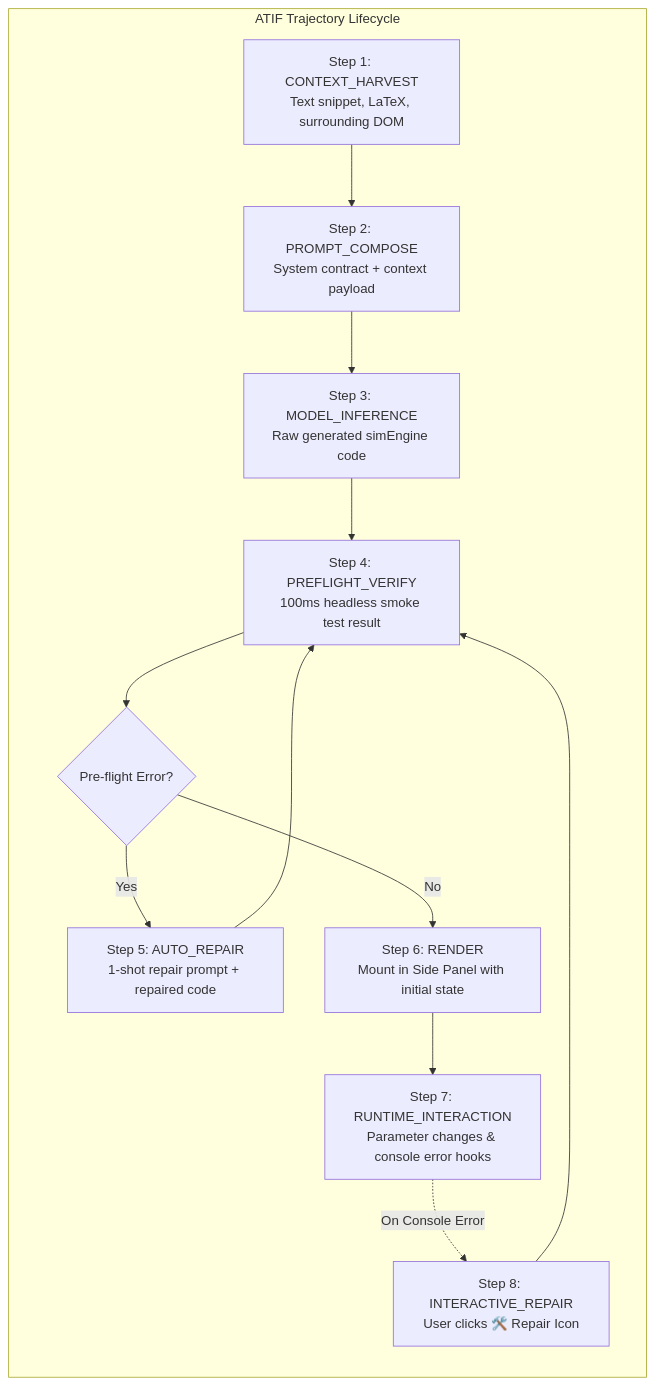
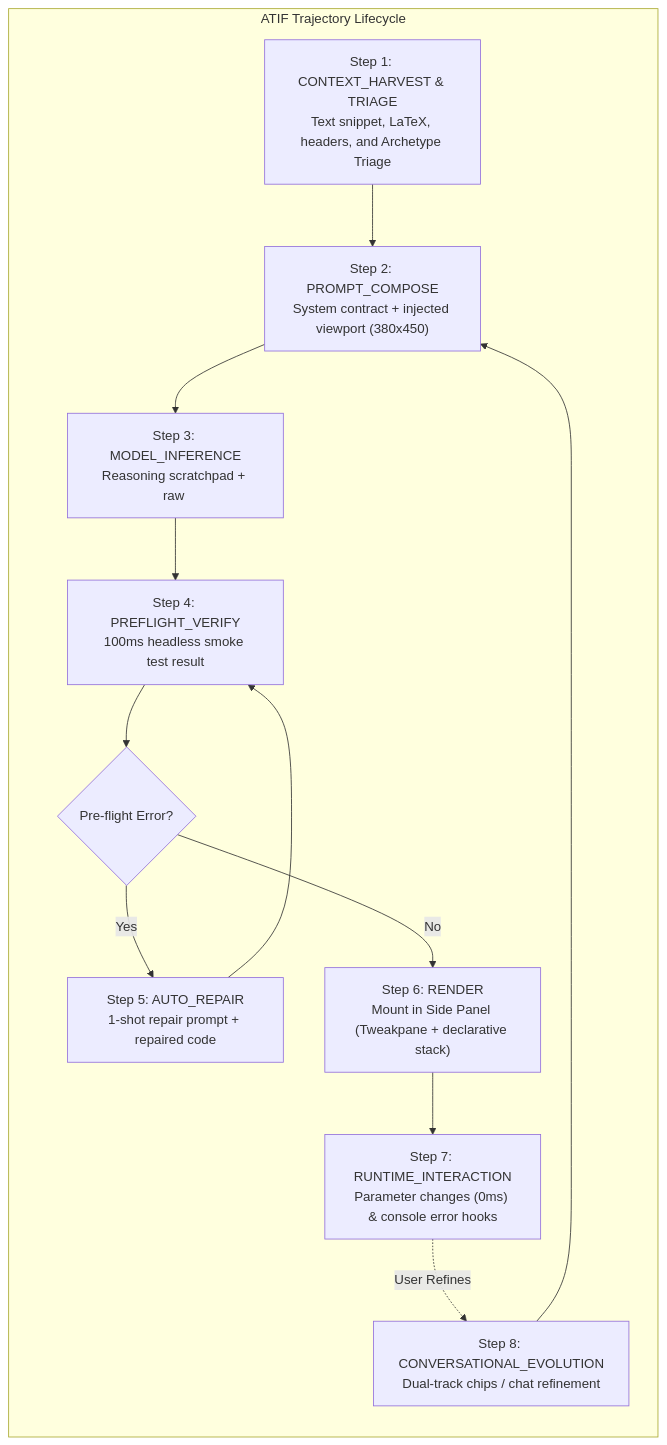
The diagram in docs/specs/atif_specification.md (vmatrixdev/simit), drawn with Mermaid before and after one commit. The commit also changed other lines of this file and 11 other files, not shown here.

Commit message:
docs & core: align specs with consolidated architecture and add dynamic viewport injection

````diff
--- a/docs/specs/atif_specification.md
+++ b/docs/specs/atif_specification.md
@@ -19,23 +19,23 @@
 ```mermaid
 flowchart TD
     subgraph Trajectory["ATIF Trajectory Lifecycle"]
         direction TB
-        S1["Step 1: CONTEXT_HARVEST<br/>Text snippet, LaTeX, surrounding DOM"]
-        S2["Step 2: PROMPT_COMPOSE<br/>System contract + context payload"]
-        S3["Step 3: MODEL_INFERENCE<br/>Raw generated simEngine code"]
+        S1["Step 1: CONTEXT_HARVEST & TRIAGE<br/>Text snippet, LaTeX, headers, and Archetype Triage"]
+        S2["Step 2: PROMPT_COMPOSE<br/>System contract + injected viewport (380x450)"]
+        S3["Step 3: MODEL_INFERENCE<br/>Reasoning scratchpad + raw <simulation_code>"]
         S4["Step 4: PREFLIGHT_VERIFY<br/>100ms headless smoke test result"]
         S5{"Pre-flight Error?"}
         S6["Step 5: AUTO_REPAIR<br/>1-shot repair prompt + repaired code"]
-        S7["Step 6: RENDER<br/>Mount in Side Panel with initial state"]
-        S8["Step 7: RUNTIME_INTERACTION<br/>Parameter changes & console error hooks"]
-        S9["Step 8: INTERACTIVE_REPAIR<br/>User clicks 🛠️ Repair Icon"]
+        S7["Step 6: RENDER<br/>Mount in Side Panel (Tweakpane + declarative stack)"]
+        S8["Step 7: RUNTIME_INTERACTION<br/>Parameter changes (0ms) & console error hooks"]
+        S9["Step 8: CONVERSATIONAL_EVOLUTION<br/>Dual-track chips / chat refinement"]
         
         S1 --> S2 --> S3 --> S4 --> S5
         S5 -->|"Yes"| S6
         S6 --> S4
         S5 -->|"No"| S7
         S7 --> S8
-        S8 -.->|"On Console Error"| S9
-        S9 --> S4
+        S8 -.->|"User Refines"| S9
+        S9 --> S2
     end
 ```
````
